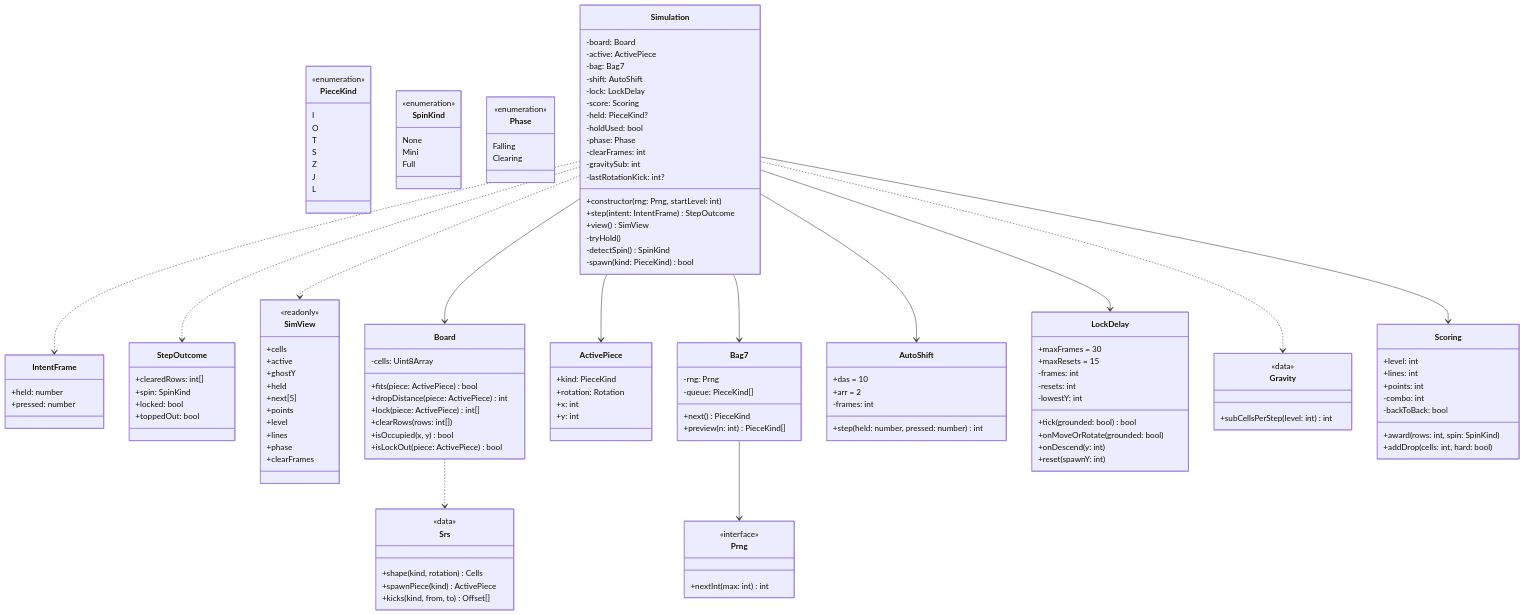
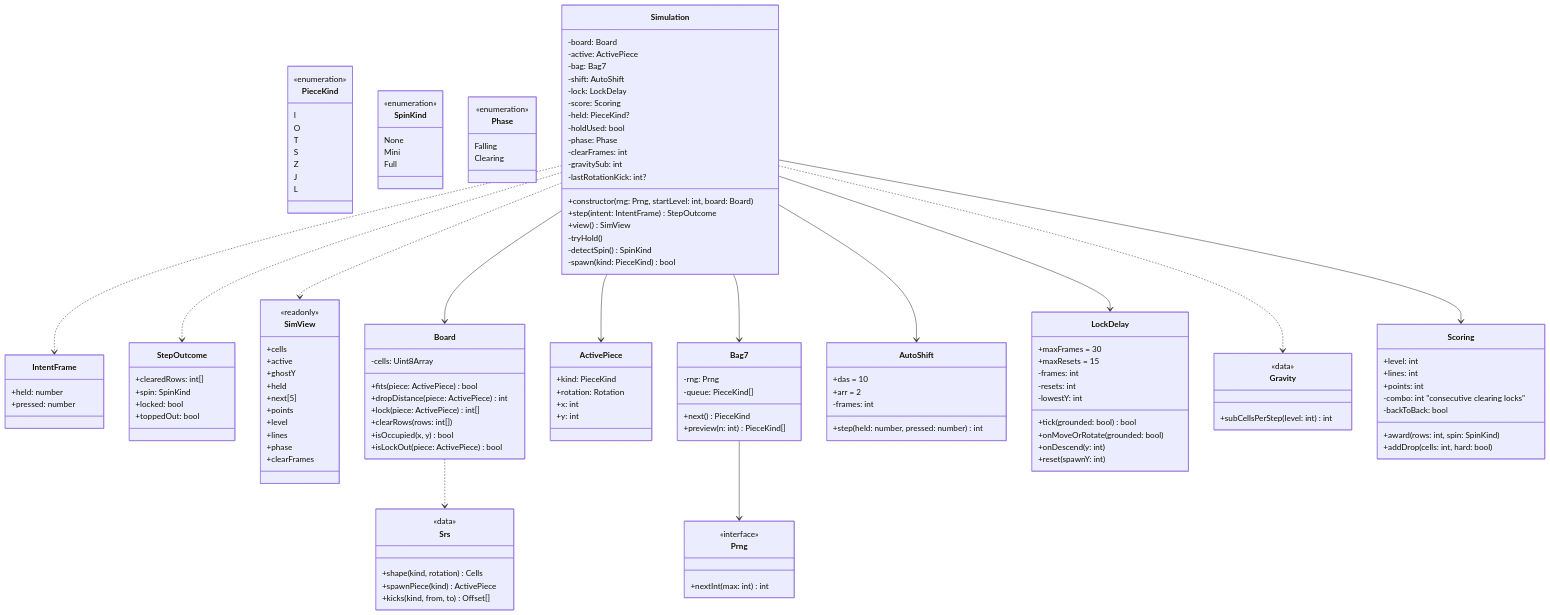
One commit to benoit-bremaud/retro-blocks changed the diagram in docs/architecture/diagrams/system/02-class.md. Above: the diagram before and after it, drawn with Mermaid. The commit also changed other lines of this file and 13 other files, not shown here.

```diff
--- a/docs/architecture/diagrams/system/02-class.md
+++ b/docs/architecture/diagrams/system/02-class.md
@@ -43,7 +43,7 @@
     -clearFrames: int
     -gravitySub: int
     -lastRotationKick: int?
-    +constructor(rng: Prng, startLevel: int)
+    +constructor(rng: Prng, startLevel: int, board: Board)
     +step(intent: IntentFrame) StepOutcome
     +view() SimView
     -tryHold()
@@ -129,7 +129,7 @@
     +level: int
     +lines: int
     +points: int
-    -combo: int
+    -combo: int  "consecutive clearing locks"
     -backToBack: bool
     +award(rows: int, spin: SpinKind)
     +addDrop(cells: int, hard: bool)
```
